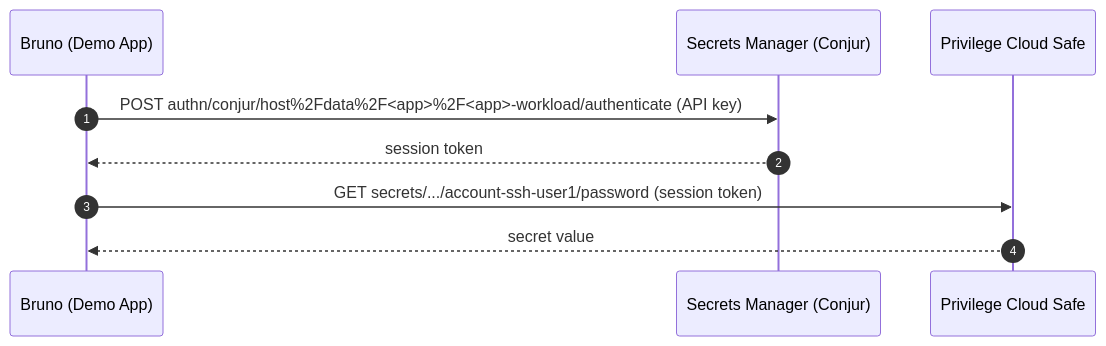
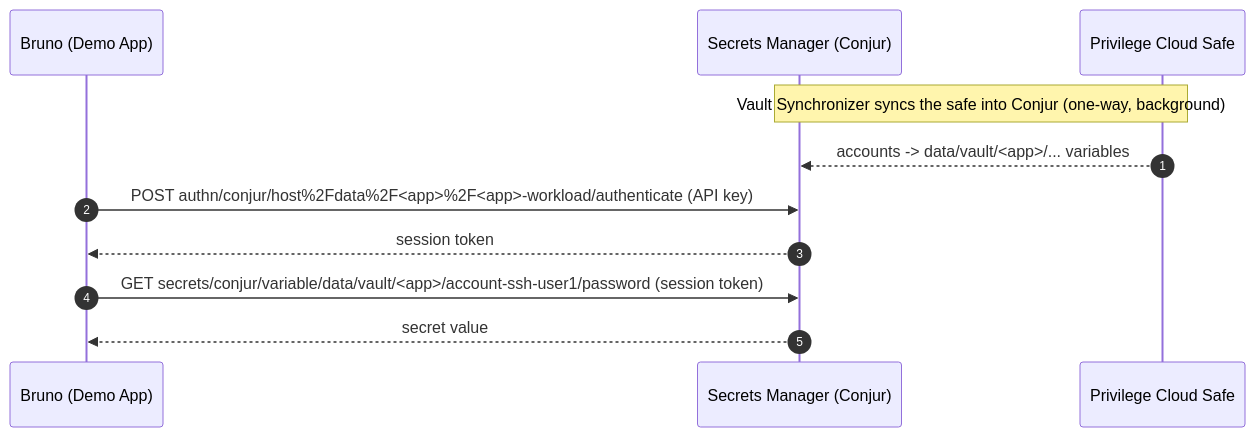
The diagram in demos/secrets_manager/bruno_api/demo_validation.md (David-Lang/cybr-demos), drawn with Mermaid before and after one commit. The commit also changed other lines of this file and 5 other files, not shown here.

````diff
--- a/demos/secrets_manager/bruno_api/demo_validation.md
+++ b/demos/secrets_manager/bruno_api/demo_validation.md
@@ -25,12 +25,15 @@
 ```mermaid
 sequenceDiagram
     autonumber
     participant App as Bruno (Demo App)
     participant SM as Secrets Manager (Conjur)
     participant Vault as Privilege Cloud Safe
 
+    Note over Vault,SM: Vault Synchronizer syncs the safe into Conjur (one-way, background)
+    Vault-->>SM: accounts -> data/vault/<app>/... variables
+
     App->>SM: POST authn/conjur/host%2Fdata%2F<app>%2F<app>-workload/authenticate (API key)
     SM-->>App: session token
-    App->>Vault: GET secrets/.../account-ssh-user1/password (session token)
-    Vault-->>App: secret value
+    App->>SM: GET secrets/conjur/variable/data/vault/<app>/account-ssh-user1/password (session token)
+    SM-->>App: secret value
 ```
````
